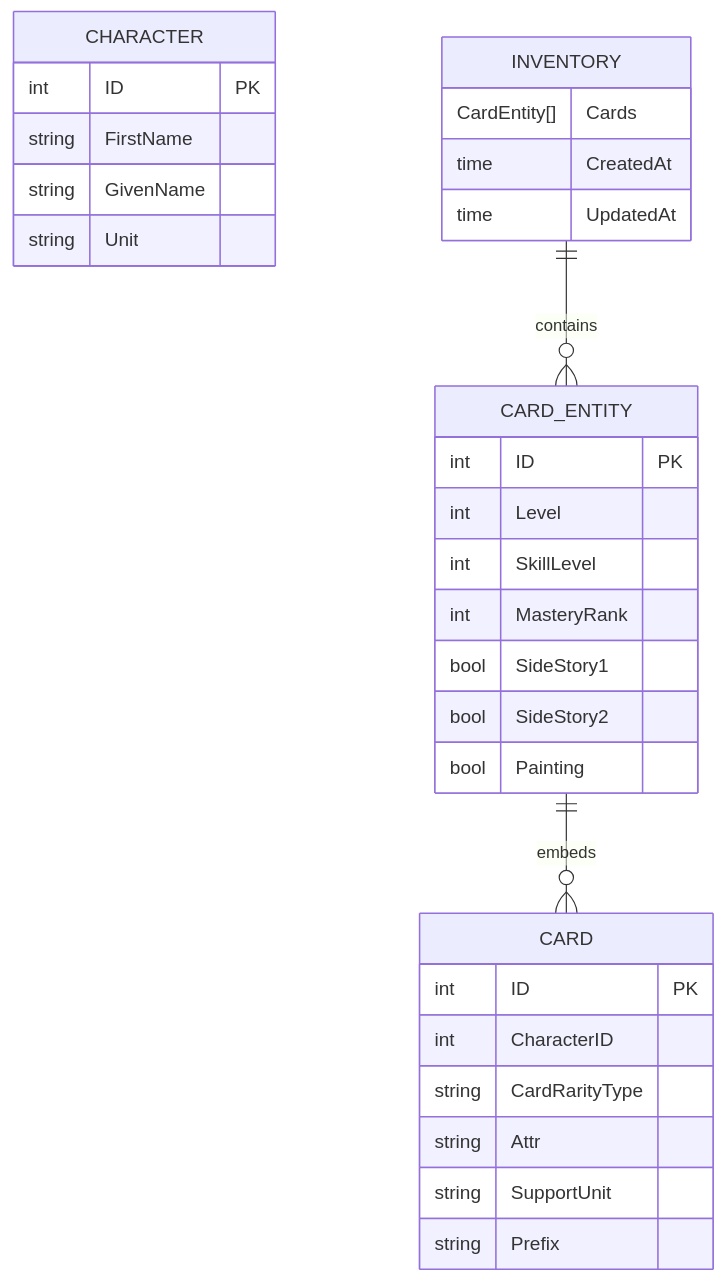
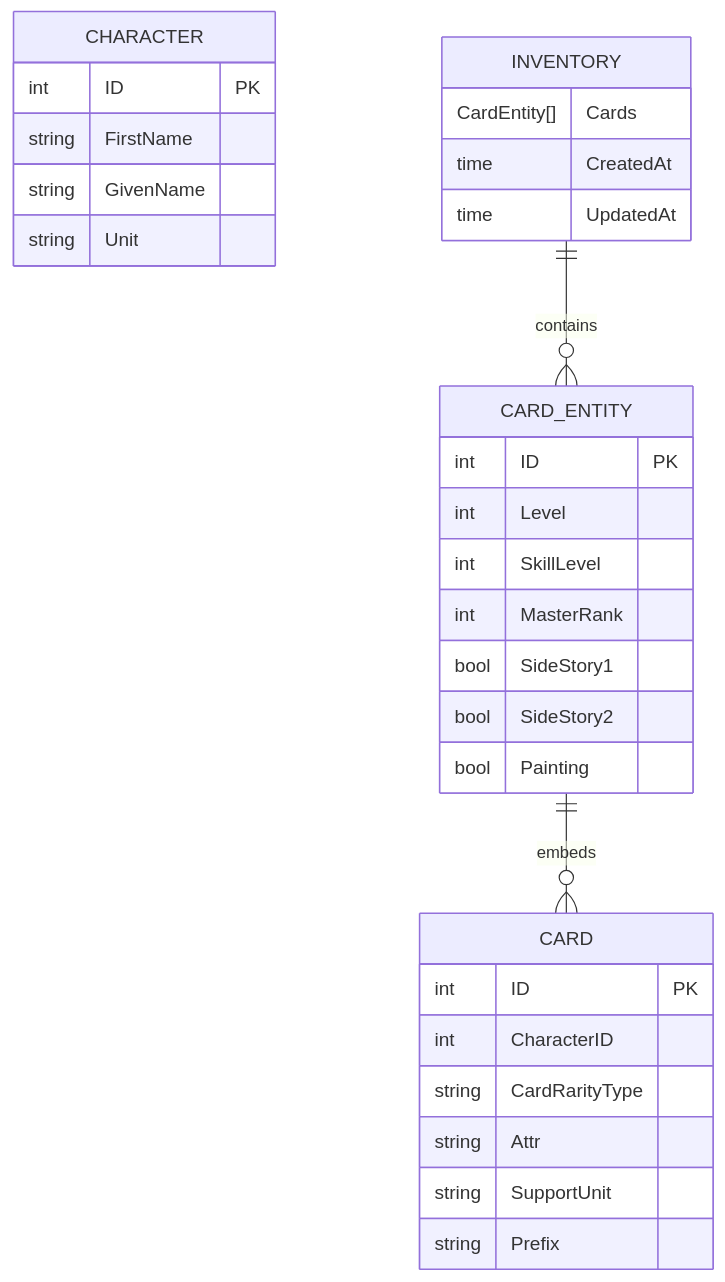
Before and after one commit to GreydonDesu/sekai-inventory: the second of 2 diagrams in README.md, drawn with Mermaid. The commit also changed other lines of this file and 9 other files, not shown here.

First line of the commit message:
refactor: standardize on masterRank instead of masteryRank

````diff
--- a/README.md
+++ b/README.md
@@ -105,37 +105,37 @@
 ```mermaid
 erDiagram
     CARD {
         int ID PK
         int CharacterID
         string CardRarityType
         string Attr
         string SupportUnit
         string Prefix
     }
 
     CARD_ENTITY {
         int ID PK
         int Level
         int SkillLevel
-        int MasteryRank
+        int MasterRank
         bool SideStory1
         bool SideStory2
         bool Painting
     }
 
     CHARACTER {
         int ID PK
         string FirstName
         string GivenName
         string Unit
     }
 
     INVENTORY {
         CardEntity[] Cards
         time CreatedAt
         time UpdatedAt
     }
 
     CARD_ENTITY ||--o{ CARD : "embeds"
     INVENTORY ||--o{ CARD_ENTITY : "contains"
 ```
````
